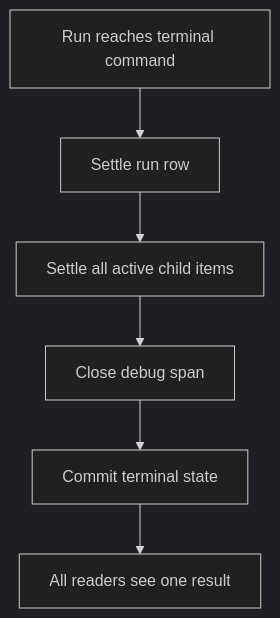
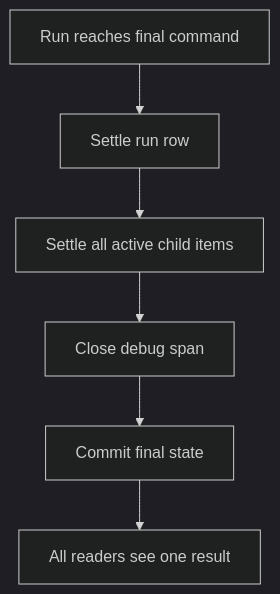
One commit to kpsuperplane/Noema changed diagram 16 of 29 in docs/superpowers/plans/2026-08-08-noema-practical-reliability-roadmap.md. Above: the diagram before and after it, drawn with Mermaid (dark theme). The commit also changed other lines of this file, not shown here.

Commit message:
docs: make plain code the first roadmap phase

````diff
--- a/docs/superpowers/plans/2026-08-08-noema-practical-reliability-roadmap.md
+++ b/docs/superpowers/plans/2026-08-08-noema-practical-reliability-roadmap.md
@@ -576,11 +994,11 @@
 ```mermaid
 flowchart TD
-    A["Run reaches terminal command"]
+    A["Run reaches final command"]
     B["Settle run row"]
     C["Settle all active child items"]
     D["Close debug span"]
-    E["Commit terminal state"]
+    E["Commit final state"]
     F["All readers see one result"]
 
     A --> B --> C --> D --> E --> F
 ```
````
